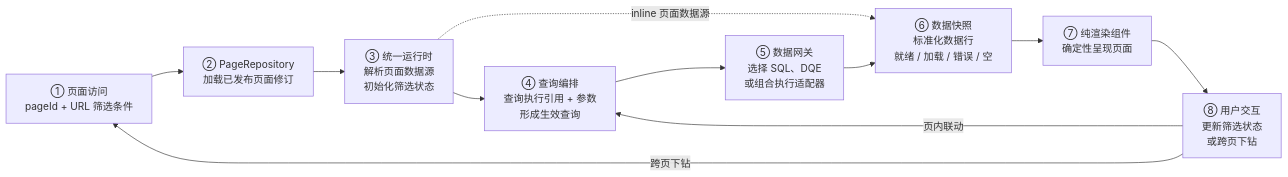
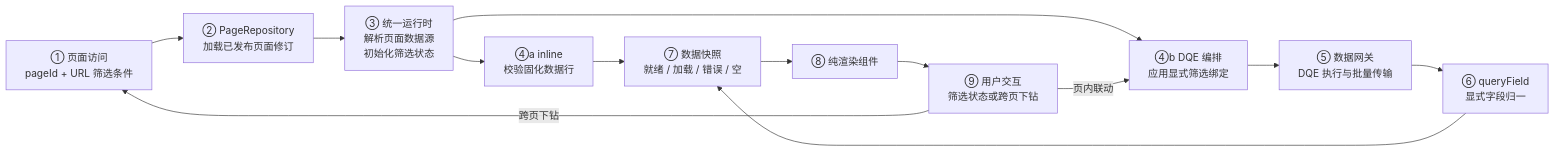
The diagram in docs/dashboard-runtime-architecture.md (CCharlesMeng/MetricCanvas), drawn with Mermaid before and after one commit. The commit also changed other lines of this file and 188 other files, not shown here.

Commit message:
feat: 完成页面 Schema v3 全面迁移

````diff
--- a/docs/dashboard-runtime-architecture.md
+++ b/docs/dashboard-runtime-architecture.md
@@ -15,22 +9,26 @@
 ```mermaid
 flowchart LR
     ACCESS["① 页面访问<br/>pageId + URL 筛选条件"]
     REPOSITORY["② PageRepository<br/>加载已发布页面修订"]
     RUNTIME["③ 统一运行时<br/>解析页面数据源<br/>初始化筛选状态"]
-    ORCHESTRATE["④ 查询编排<br/>查询执行引用 + 参数<br/>形成生效查询"]
-    GATEWAY["⑤ 数据网关<br/>选择 SQL、DQE<br/>或组合执行适配器"]
-    SNAPSHOT["⑥ 数据快照<br/>标准化数据行<br/>就绪 / 加载 / 错误 / 空"]
-    COMPONENT["⑦ 纯渲染组件<br/>确定性呈现页面"]
-    INTERACTION["⑧ 用户交互<br/>更新筛选状态<br/>或跨页下钻"]
+    INLINE["④a inline<br/>校验固化数据行"]
+    ORCHESTRATE["④b DQE 编排<br/>应用显式筛选绑定"]
+    GATEWAY["⑤ 数据网关<br/>DQE 执行与批量传输"]
+    NORMALIZE["⑥ queryField<br/>显式字段归一"]
+    SNAPSHOT["⑦ 数据快照<br/>就绪 / 加载 / 错误 / 空"]
+    COMPONENT["⑧ 纯渲染组件"]
+    INTERACTION["⑨ 用户交互<br/>筛选状态或跨页下钻"]
 
     ACCESS --> REPOSITORY
     REPOSITORY --> RUNTIME
+    RUNTIME --> INLINE
     RUNTIME --> ORCHESTRATE
-    RUNTIME -.->|"inline 页面数据源"| SNAPSHOT
+    INLINE --> SNAPSHOT
     ORCHESTRATE --> GATEWAY
-    GATEWAY --> SNAPSHOT
+    GATEWAY --> NORMALIZE
+    NORMALIZE --> SNAPSHOT
     SNAPSHOT --> COMPONENT
     COMPONENT --> INTERACTION
     INTERACTION -->|"页内联动"| ORCHESTRATE
     INTERACTION -->|"跨页下钻"| ACCESS
 ```
````
